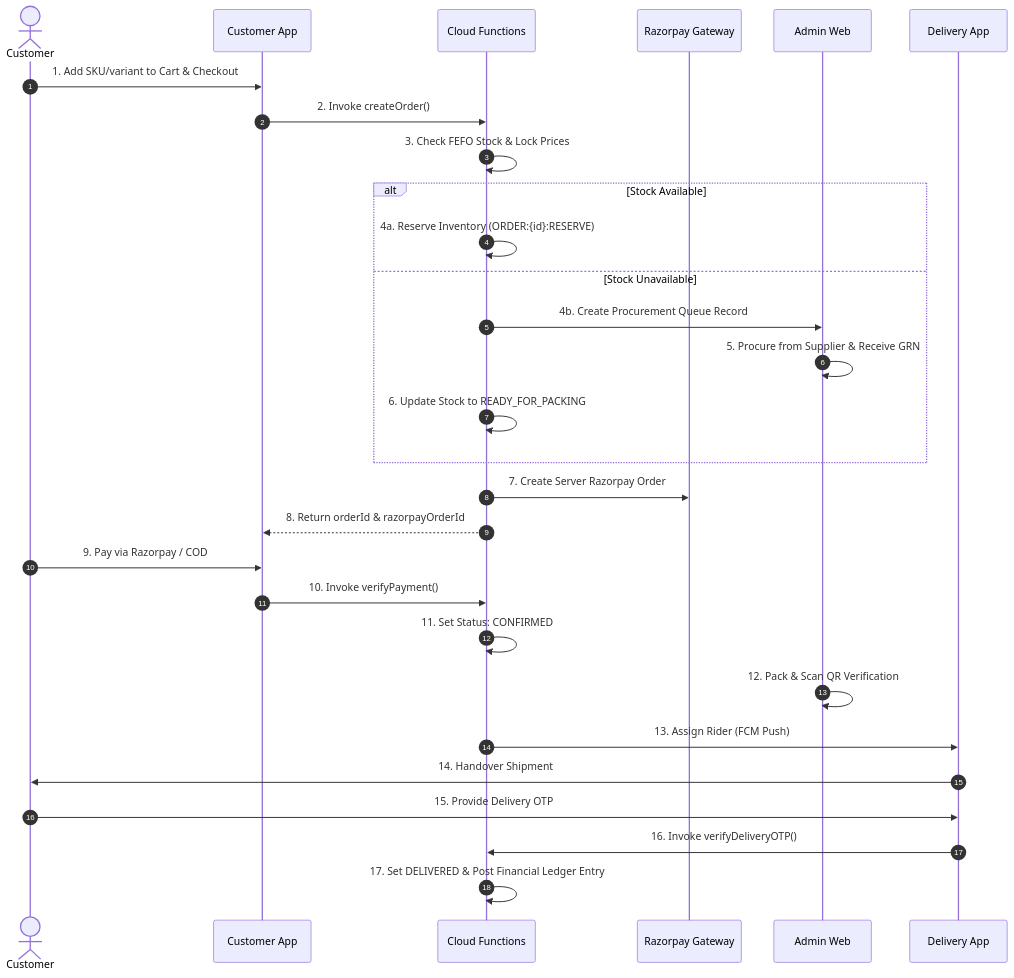
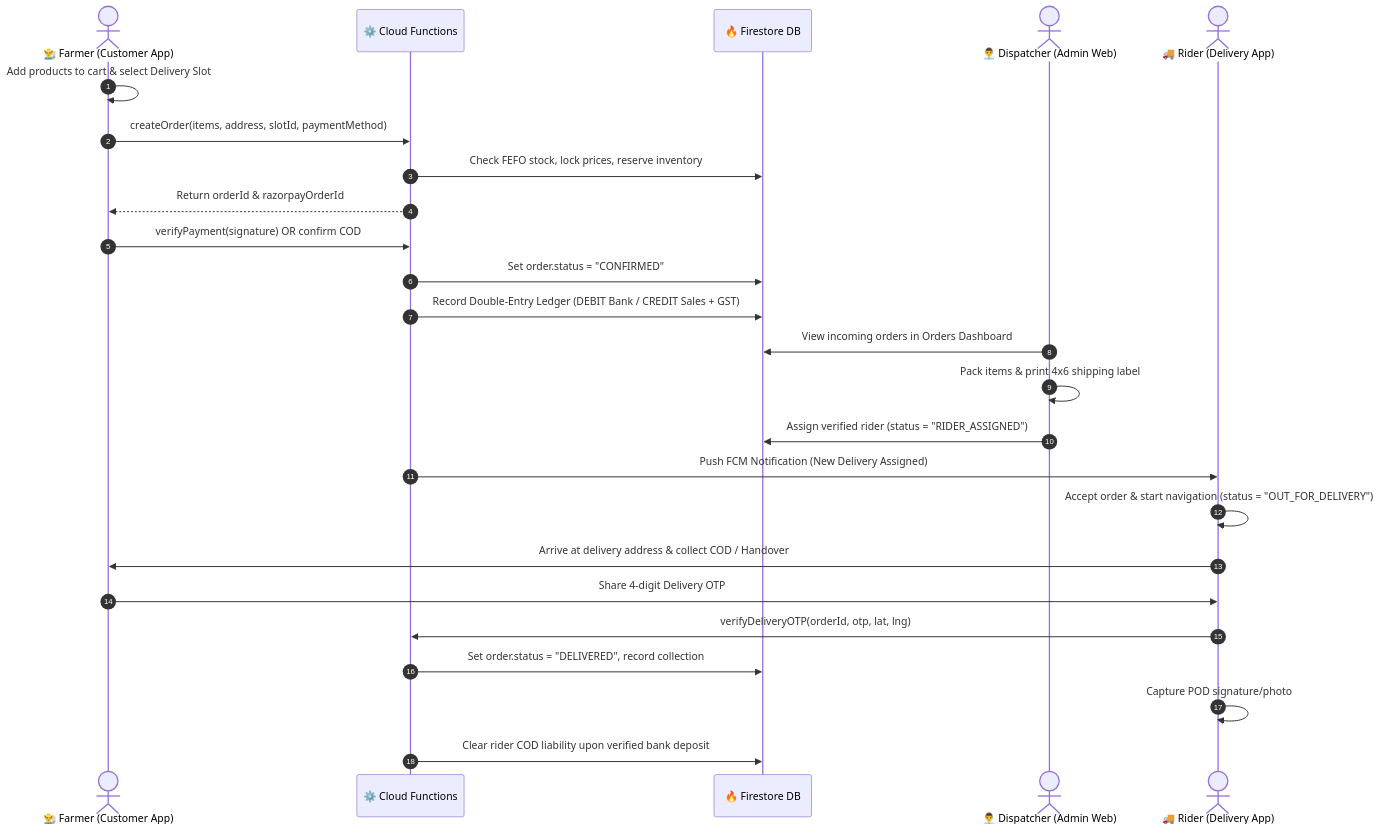
The second of 2 diagrams in README.md (Vishal0325/KrishiVishal), drawn with Mermaid before and after one commit. The commit also changed other lines of this file, not shown here.

````diff
--- a/README.md
+++ b/README.md
@@ -110,32 +187,30 @@
 ```mermaid
 sequenceDiagram
     autonumber
-    actor Customer
-    participant App as Customer App
-    participant Backend as Cloud Functions
-    participant Rzp as Razorpay Gateway
-    participant Admin as Admin Web
-    participant Rider as Delivery App
+    actor Farmer as 👨‍🌾 Farmer (Customer App)
+    participant Cloud as ⚙️ Cloud Functions
+    participant DB as 🔥 Firestore DB
+    actor Admin as 👨‍💼 Dispatcher (Admin Web)
+    actor Rider as 🚚 Rider (Delivery App)
 
-    Customer->>App: 1. Add SKU/variant to Cart & Checkout
-    App->>Backend: 2. Invoke createOrder()
-    Backend->>Backend: 3. Check FEFO Stock & Lock Prices
-    alt Stock Available
-        Backend->>Backend: 4a. Reserve Inventory (ORDER:{id}:RESERVE)
-    else Stock Unavailable
-        Backend->>Admin: 4b. Create Procurement Queue Record
-        Admin->>Admin: 5. Procure from Supplier & Receive GRN
-        Backend->>Backend: 6. Update Stock to READY_FOR_PACKING
-    end
-    Backend->>Rzp: 7. Create Server Razorpay Order
-    Backend-->>App: 8. Return orderId & razorpayOrderId
-    Customer->>App: 9. Pay via Razorpay / COD
-    App->>Backend: 10. Invoke verifyPayment()
-    Backend->>Backend: 11. Set Status: CONFIRMED
-    Admin->>Admin: 12. Pack & Scan QR Verification
-    Backend->>Rider: 13. Assign Rider (FCM Push)
-    Rider->>Customer: 14. Handover Shipment
-    Customer->>Rider: 15. Provide Delivery OTP
-    Rider->>Backend: 16. Invoke verifyDeliveryOTP()
-    Backend->>Backend: 17. Set DELIVERED & Post Financial Ledger Entry
+    Farmer->>Farmer: Add products to cart & select Delivery Slot
+    Farmer->>Cloud: createOrder(items, address, slotId, paymentMethod)
+    Cloud->>DB: Check FEFO stock, lock prices, reserve inventory
+    Cloud-->>Farmer: Return orderId & razorpayOrderId
+    Farmer->>Cloud: verifyPayment(signature) OR confirm COD
+    Cloud->>DB: Set order.status = "CONFIRMED"
+    Cloud->>DB: Record Double-Entry Ledger (DEBIT Bank / CREDIT Sales + GST)
+    
+    Admin->>DB: View incoming orders in Orders Dashboard
+    Admin->>Admin: Pack items & print 4x6 shipping label
+    Admin->>DB: Assign verified rider (status = "RIDER_ASSIGNED")
+    Cloud->>Rider: Push FCM Notification (New Delivery Assigned)
+    
+    Rider->>Rider: Accept order & start navigation (status = "OUT_FOR_DELIVERY")
+    Rider->>Farmer: Arrive at delivery address & collect COD / Handover
+    Farmer->>Rider: Share 4-digit Delivery OTP
+    Rider->>Cloud: verifyDeliveryOTP(orderId, otp, lat, lng)
+    Cloud->>DB: Set order.status = "DELIVERED", record collection
+    Rider->>Rider: Capture POD signature/photo
+    Cloud->>DB: Clear rider COD liability upon verified bank deposit
 ```
````
